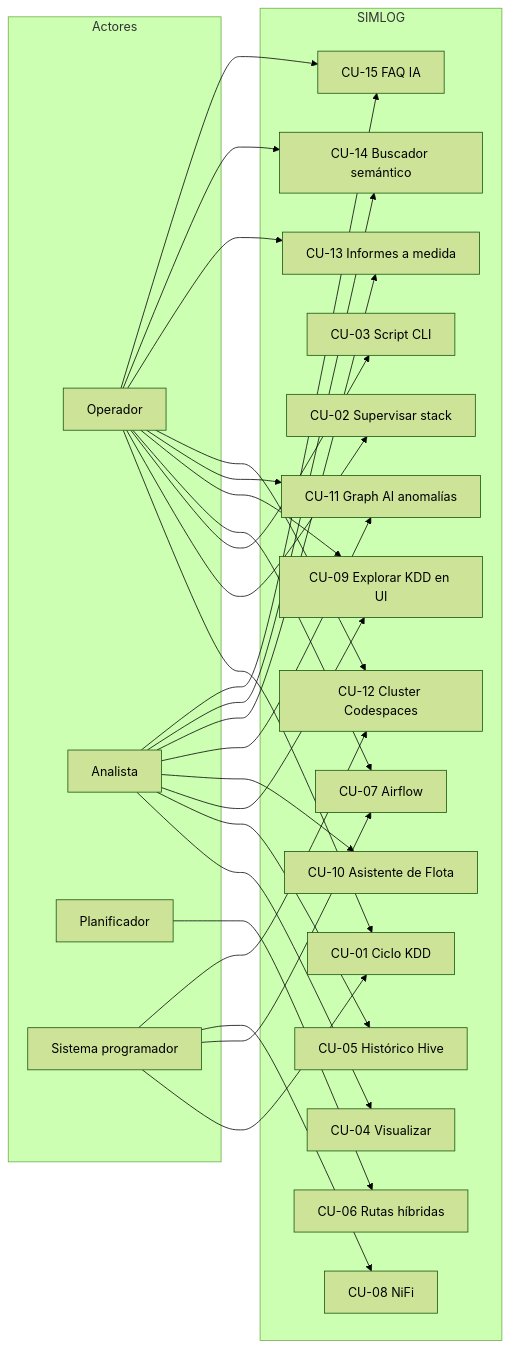
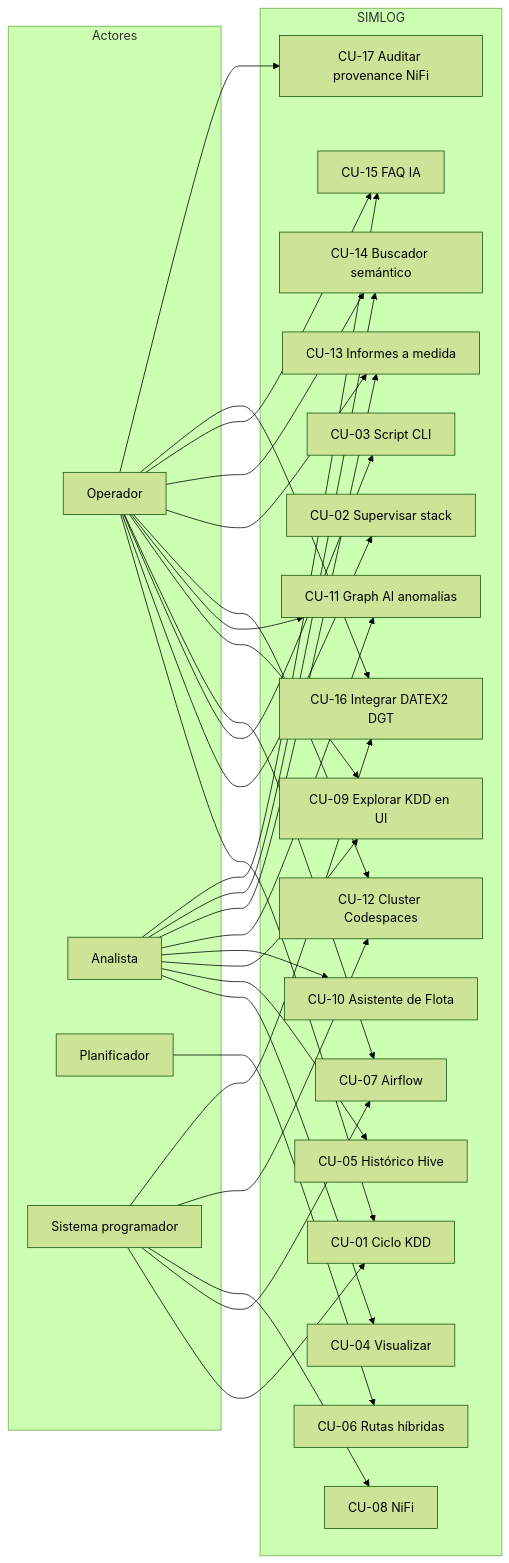
The diagram in docs/CASOS_DE_USO.md (gracobjo/proyecto_transporte_global_standalone), drawn with Mermaid (forest theme) before and after one commit. The commit also changed other lines of this file and 31 other files, not shown here.

First line of the commit message:
feat(dgt/nifi/docs): integrar DATEX2 DGT en el pipeline

````diff
--- a/docs/CASOS_DE_USO.md
+++ b/docs/CASOS_DE_USO.md
@@ -126,49 +143,54 @@
 ```mermaid
 flowchart LR
   subgraph Actores
     OP[Operador]
     AN[Analista]
     PL[Planificador]
     PR[Sistema programador]
   end
   subgraph SIMLOG
     CU1[CU-01 Ciclo KDD]
     CU2[CU-02 Supervisar stack]
     CU3[CU-03 Script CLI]
     CU4[CU-04 Visualizar]
     CU5[CU-05 Histórico Hive]
     CU6[CU-06 Rutas híbridas]
     CU7[CU-07 Airflow]
     CU8[CU-08 NiFi]
     CU9[CU-09 Explorar KDD en UI]
     CU10[CU-10 Asistente de Flota]
     CU11[CU-11 Graph AI anomalías]
     CU12[CU-12 Cluster Codespaces]
     CU13[CU-13 Informes a medida]
     CU14[CU-14 Buscador semántico]
     CU15[CU-15 FAQ IA]
+    CU16[CU-16 Integrar DATEX2 DGT]
+    CU17[CU-17 Auditar provenance NiFi]
   end
   OP --> CU1
   OP --> CU2
   OP --> CU3
   OP --> CU7
   OP --> CU9
   AN --> CU4
   AN --> CU5
   AN --> CU9
   AN --> CU10
   PL --> CU6
   PR --> CU1
   PR --> CU7
   PR --> CU8
   OP --> CU11
   AN --> CU11
   OP --> CU12
   PR --> CU12
   OP --> CU13
   AN --> CU13
   OP --> CU14
   AN --> CU14
   OP --> CU15
   AN --> CU15
+  OP --> CU16
+  PR --> CU16
+  OP --> CU17
 ```
````
